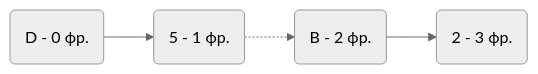
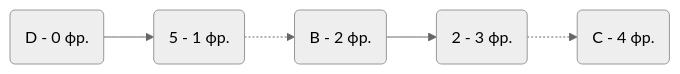
One commit to HSE-algo-23-owl/manual_tasks changed the third of 8 diagrams in task_13/TwoPizza_task_13.md. Above: the diagram before and after it, drawn with Mermaid (neutral theme). The commit also changed other lines of this file, not shown here.

````diff
--- a/task_13/TwoPizza_task_13.md
+++ b/task_13/TwoPizza_task_13.md
@@ -116,4 +116,4 @@
 ```mermaid
 graph LR
-    D(D - 0 фр.)  --> 5(5 - 1 фр.) -.-> B(B - 2 фр.) --> 2(2 - 3 фр.) 
+    D(D - 0 фр.)  --> 5(5 - 1 фр.) -.-> B(B - 2 фр.) --> 2(2 - 3 фр.) -.-> C(C - 4 фр.)
 ```
````
